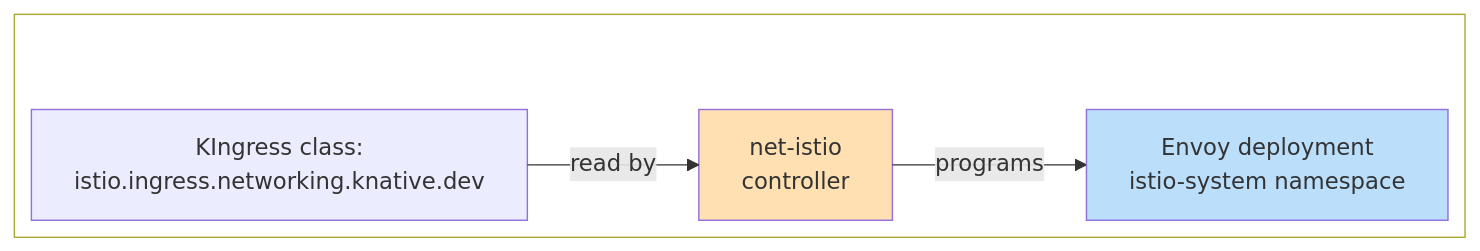
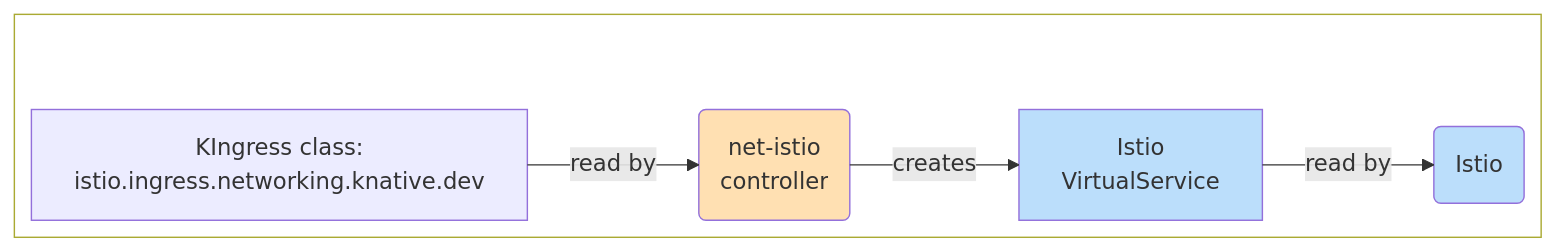
The sixth of 8 diagrams in docs/versioned/serving/config-network-adapters.md (knative/docs), drawn with Mermaid before and after one commit. The commit also changed other lines of this file and 2 other files, not shown here.

````diff
--- a/docs/versioned/serving/config-network-adapters.md
+++ b/docs/versioned/serving/config-network-adapters.md
@@ -166,20 +168,23 @@
     ```mermaid
     ---
     config:
       layout: elk
       theme: default
     ---
     flowchart LR
-     subgraph bottom[" "]
-        direction LR
-            envoy["Envoy deployment<br>istio-system namespace"]
-            kourier["net-istio<br>controller"]
-            kingress2["KIngress class:<br>istio.ingress.networking.knative.dev"]
-      end
-        kingress2 -- read by --> kourier
-        kourier -- programs --> envoy
-    
-        style envoy fill:#BBDEFB
-        style kourier fill:#FFE0B2
-        style bottom fill:transparent
+    subgraph bottom[" "]
+      direction LR
+          VirtualService["Istio<br>VirtualService"]
+          istiod("Istio")
+          net-istio("net-istio<br>controller")
+          kingress["KIngress class:<br>istio.ingress.networking.knative.dev"]
+    end
+      kingress -- read by --> net-istio
+      net-istio -- creates --> VirtualService
+      VirtualService -- read by --> istiod
+  
+      style VirtualService fill:#BBDEFB
+      style istiod fill:#BBDEFB
+      style net-istio fill:#FFE0B2
+      style bottom fill:transparent
     ```
````
